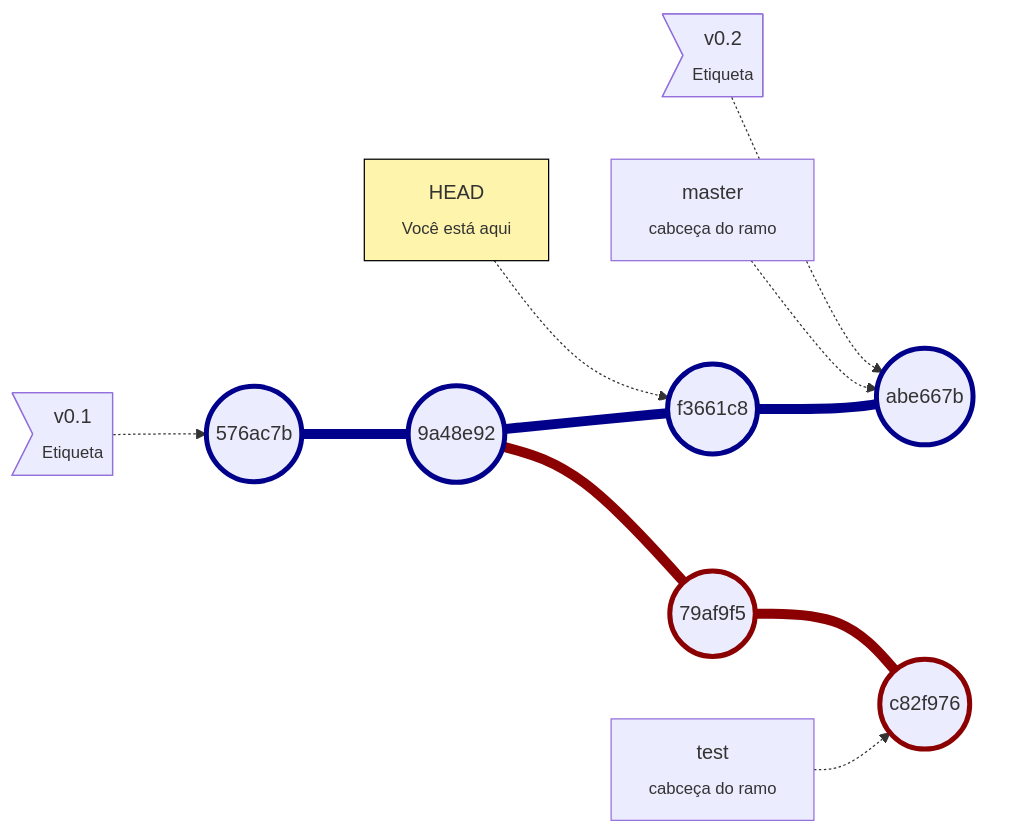
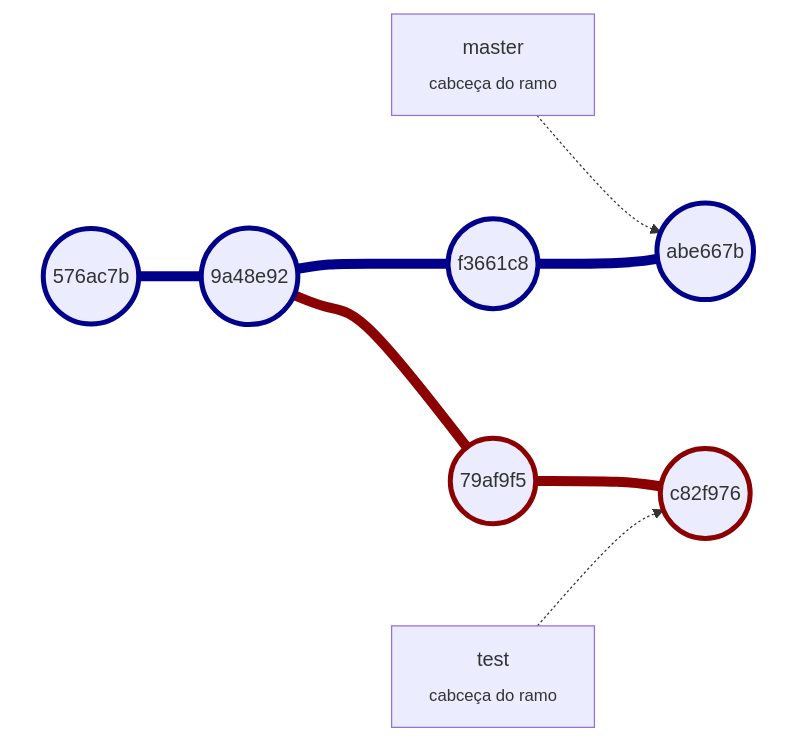
The seventh of 10 diagrams in git/courses/rbtech/lessons/lang/pt/lesson-5.pt.md (yxuo/learning), drawn with Mermaid before and after one commit. The commit also changed other lines of this file and 1 other file, not shown here.

````diff
--- a/git/courses/rbtech/lessons/lang/pt/lesson-5.pt.md
+++ b/git/courses/rbtech/lessons/lang/pt/lesson-5.pt.md
@@ -281,29 +286,30 @@
 ```mermaid
 flowchart LR
 
-H["HEAD<br><sub>Você está aqui"] -.-> c
-T2>"v0.2<br><sub>Etiqueta"] -.-> d
+%%H["HEAD<br><sub>Você está aqui"] -.-> c
+%%T2>"v0.2<br><sub>Etiqueta"] -.-> d
 B1["master<br><sub>cabceça do ramo"] -.-> d
 
 subgraph S1[" "]
 a(("576ac7b"))---b(("9a48e92"))---c(("f3661c8"))---d(("abe667b"))
 end
 
-%%subgraph S2[" "]
+subgraph S2[" "]
 b---2a(("79af9f5"))---2b(("c82f976"))
-%%end
+end
 
 B2["test<br><sub>cabceça do ramo"] -.-> 2b
-T1>"v0.1<br><sub>Etiqueta"] -.-> a
+%%T1>"v0.1<br><sub>Etiqueta"] -.-> a
 
-style H fill:#fef4ac, stroke:black
+%%style H fill:#fef4ac, stroke:black
 style S1 fill: transparent, stroke: transparent
+style S2 fill: transparent, stroke: transparent
 style a stroke:darkblue, stroke-width: 4px
 style b stroke:darkblue, stroke-width: 4px
 style c stroke:darkblue, stroke-width: 4px
 style d stroke:darkblue, stroke-width: 4px
 style 2a stroke:darkred, stroke-width: 4px
 style 2b stroke:darkred, stroke-width: 4px
-linkStyle 3,4,5 stroke:darkblue,stroke-width:8px;
-linkStyle 6,7 stroke:darkred,stroke-width:8px;
+linkStyle 1,2,3 stroke:darkblue,stroke-width:8px;
+linkStyle 4,5 stroke:darkred,stroke-width:8px;
 ```
````
